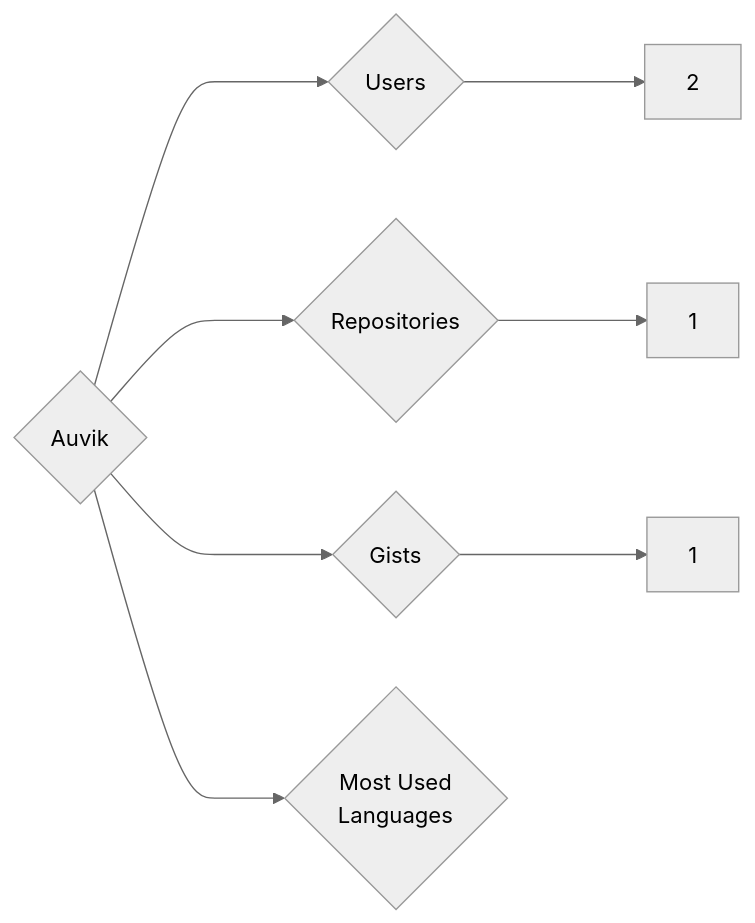
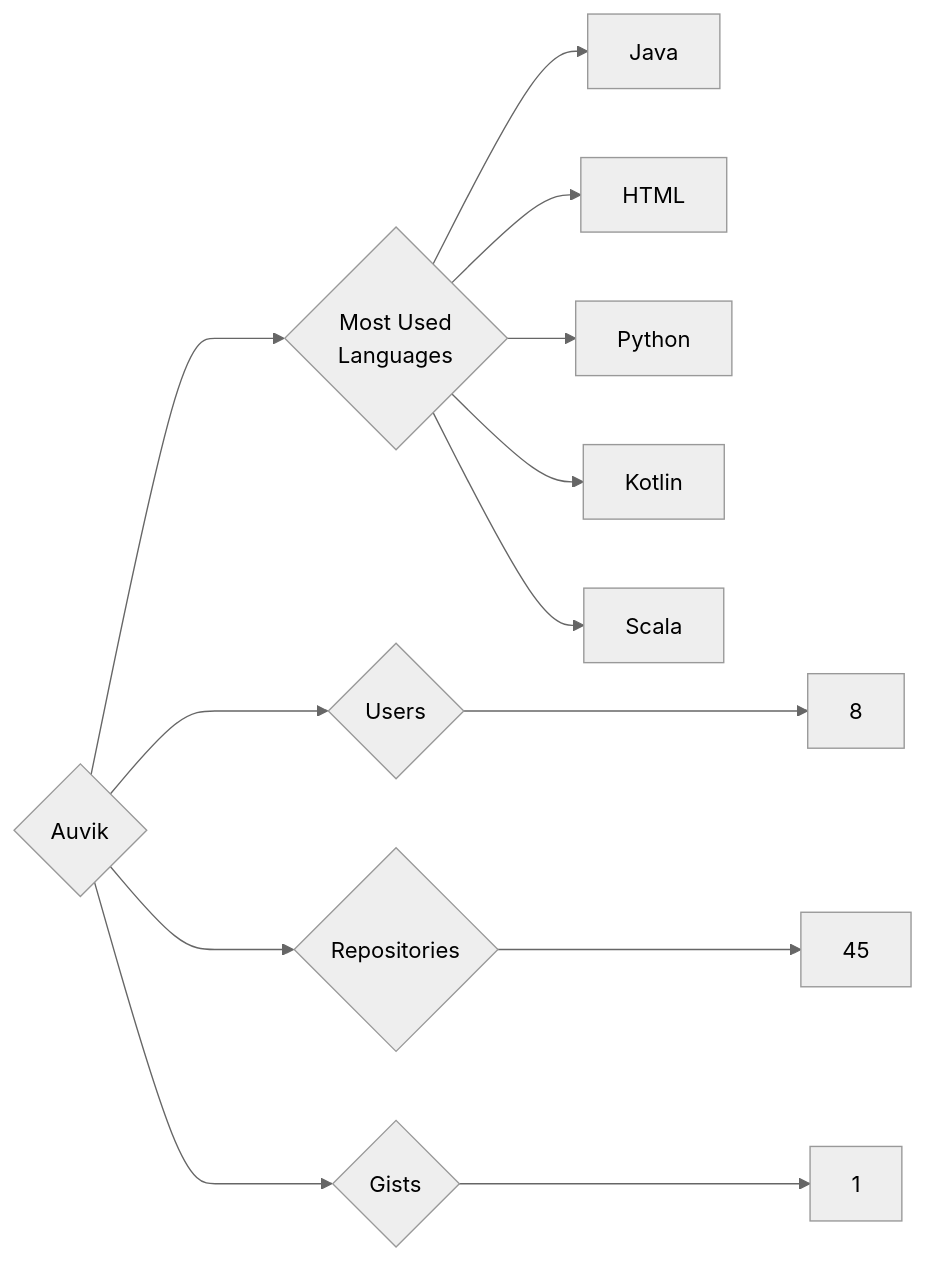
Before and after one commit to trickest/insiders: the diagram in targets/Auvik/README.md, drawn with Mermaid (neutral theme). The commit also changed 912 other files, not shown here.

````diff
--- a/targets/Auvik/README.md
+++ b/targets/Auvik/README.md
@@ -3,8 +3,13 @@
 ```mermaid
 graph LR
 COMPANY_NAME{Auvik}
-COMPANY_NAME ---> U{Users} ---> UN[2]
-COMPANY_NAME ---> R{Repositories} ---> RN[1]
+COMPANY_NAME ---> U{Users} ---> UN[8]
+COMPANY_NAME ---> R{Repositories} ---> RN[45]
 COMPANY_NAME ---> G{Gists} ---> GN[1]
 COMPANY_NAME ---> ML{Most Used<br>Languages}
+ML --> Java[Java]
+ML --> HTML[HTML]
+ML --> Python[Python]
+ML --> Kotlin[Kotlin]
+ML --> Scala[Scala]
 ```
````
